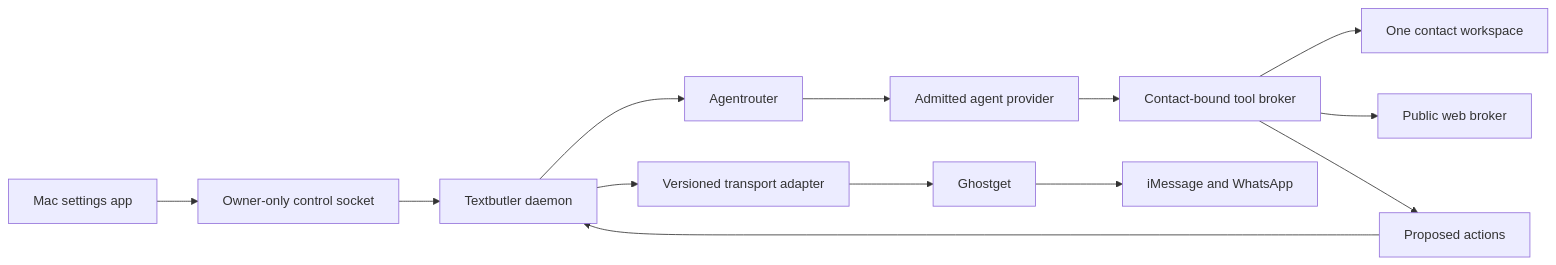
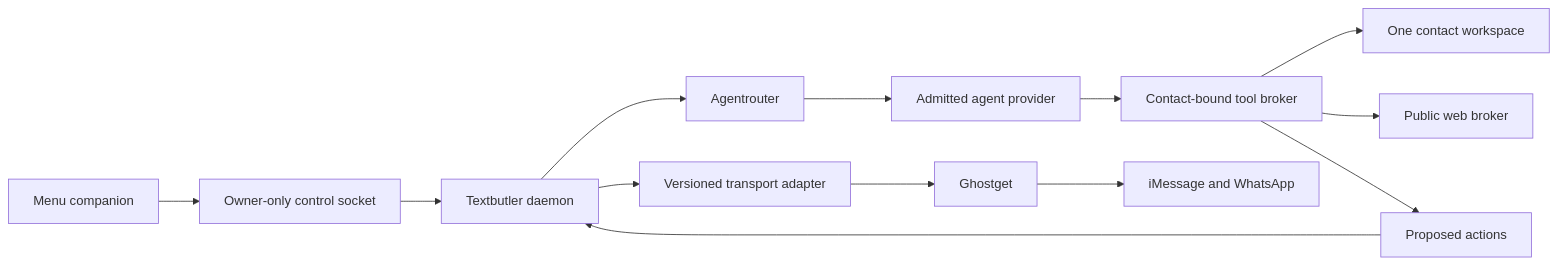
Before and after one commit to hraness/message-like-me: the diagram in docs/textbutler/architecture.md, drawn with Mermaid. The commit also changed other lines of this file and 121 other files, not shown here.

First line of the commit message:
Make Textbutler a CLI with a robust native menu companion (#103)

````diff
--- a/docs/textbutler/architecture.md
+++ b/docs/textbutler/architecture.md
@@ -9,15 +9,15 @@
 ```mermaid
 flowchart LR
-  App[Mac settings app] --> Control[Owner-only control socket]
+  Menu[Menu companion] --> Control[Owner-only control socket]
   Control --> Butler[Textbutler daemon]
   Butler --> Router[Agentrouter]
   Router --> Provider[Admitted agent provider]
   Provider --> Tools[Contact-bound tool broker]
   Tools --> Memory[One contact workspace]
   Tools --> Web[Public web broker]
   Tools --> Intents[Proposed actions]
   Intents --> Butler
   Butler --> Transport[Versioned transport adapter]
   Transport --> Ghostget[Ghostget]
   Ghostget --> Messages[iMessage and WhatsApp]
 ```
````
